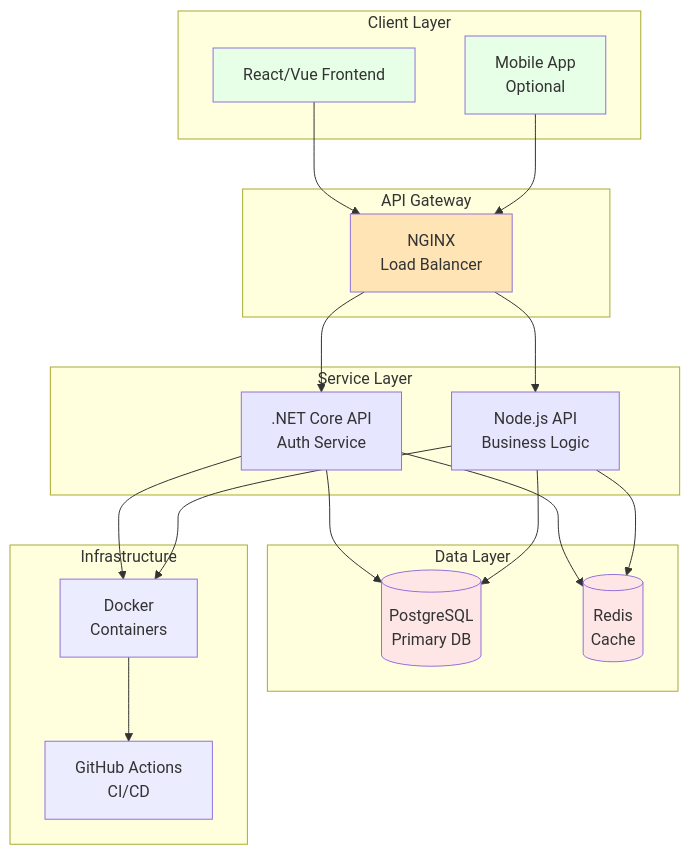
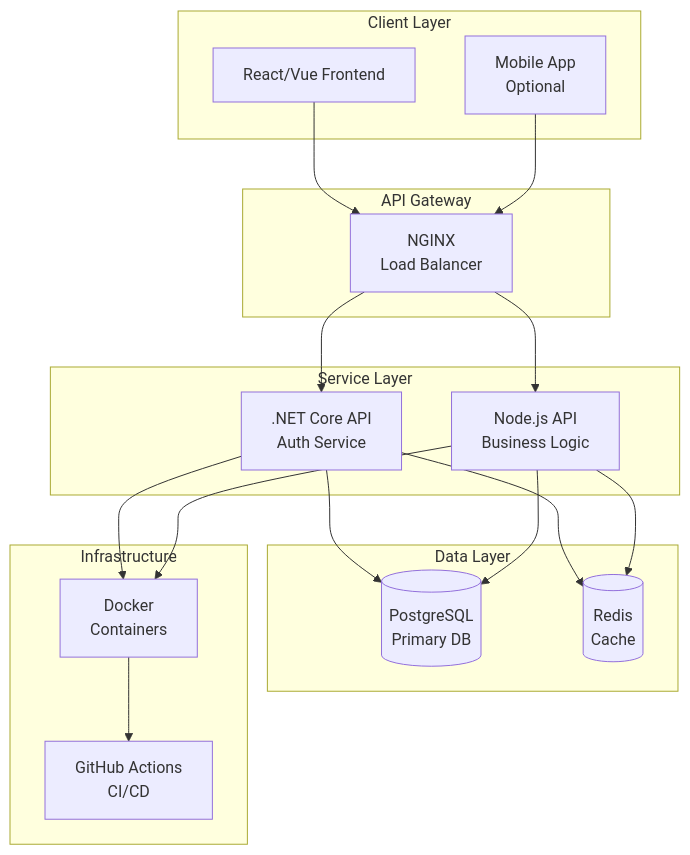
The diagram in presentations/from-team-to-agents/slides/slide-09-complex-example.md (o2alexanderfedin/AI-Hive-Business-Docs), drawn with Mermaid before and after one commit. The commit also changed 3 other files, not shown here.

First line of the commit message:
Remove color schemes from all Mermaid diagrams

````diff
--- a/presentations/from-team-to-agents/slides/slide-09-complex-example.md
+++ b/presentations/from-team-to-agents/slides/slide-09-complex-example.md
@@ -15,46 +15,39 @@
 ```mermaid
 graph TB
     subgraph "Client Layer"
         A[React/Vue Frontend]
         B[Mobile App<br/>Optional]
     end
 
     subgraph "API Gateway"
         C[NGINX<br/>Load Balancer]
     end
 
     subgraph "Service Layer"
         D[.NET Core API<br/>Auth Service]
         E[Node.js API<br/>Business Logic]
     end
 
     subgraph "Data Layer"
         F[(PostgreSQL<br/>Primary DB)]
         G[(Redis<br/>Cache)]
     end
 
     subgraph "Infrastructure"
         H[Docker<br/>Containers]
         I[GitHub Actions<br/>CI/CD]
     end
 
     A --> C
     B --> C
     C --> D
     C --> E
     D --> F
     D --> G
     E --> F
     E --> G
     D --> H
     E --> H
     H --> I
 
-    style A fill:#E6FFE6
-    style B fill:#E6FFE6
-    style C fill:#FFE4B5
-    style D fill:#E6E6FF
-    style E fill:#E6E6FF
-    style F fill:#FFE6E6
-    style G fill:#FFE6E6
 ```
````
